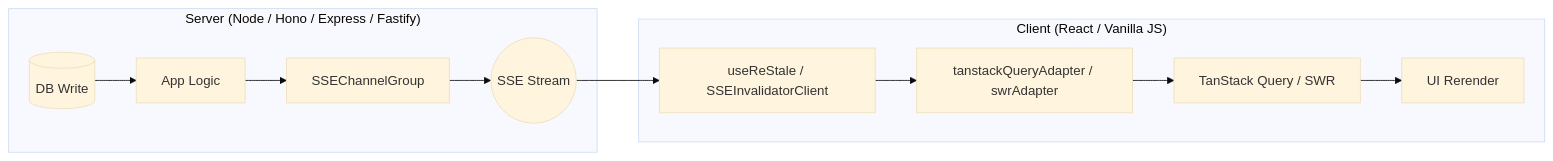
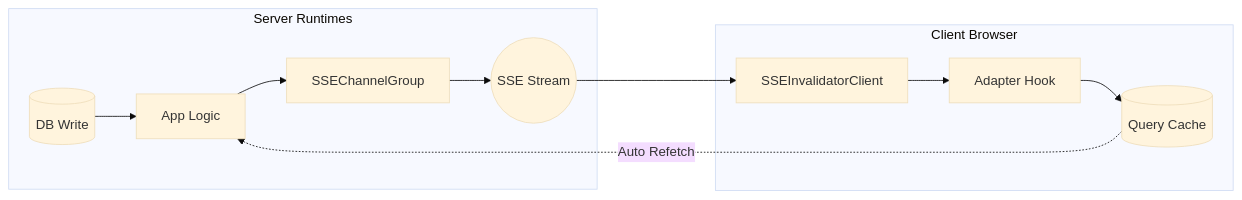
The diagram in restale-kit/README.md (gerkim62/restale-kit), drawn with Mermaid (base theme) before and after one commit. The commit also changed other lines of this file and 15 other files, not shown here.

````diff
--- a/restale-kit/README.md
+++ b/restale-kit/README.md
@@ -15,14 +15,15 @@
 ```mermaid
 flowchart LR
-    subgraph Server ["Server (Node / Hono / Express / Fastify)"]
+    subgraph Server ["Server Runtimes"]
         db[(DB Write)] --> app[App Logic]
         app --> group[SSEChannelGroup]
-        group --> wire((SSE Stream))
+        group --> stream((SSE Stream))
     end
-    subgraph Client ["Client (React / Vanilla JS)"]
-        wire --> client[useReStale / SSEInvalidatorClient]
-        client --> adapter[tanstackQueryAdapter / swrAdapter]
-        adapter --> cache[TanStack Query / SWR]
-        cache --> ui[UI Rerender]
+
+    subgraph Client ["Client Browser"]
+        stream --> client[SSEInvalidatorClient]
+        client --> adapter[Adapter Hook]
+        adapter --> cache[(Query Cache)]
+        cache -. Auto Refetch .-> app
     end
 ```
````
